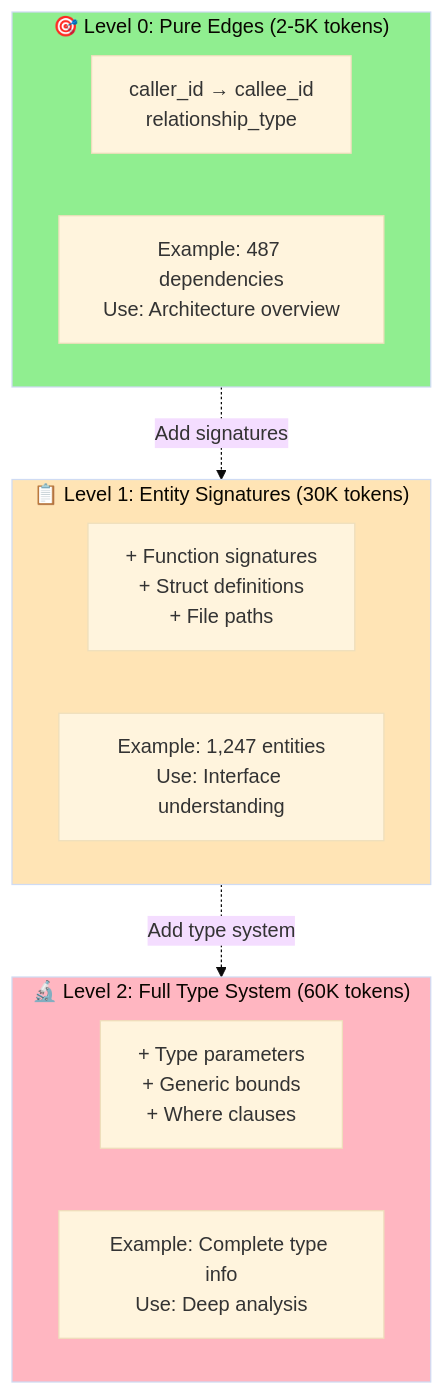
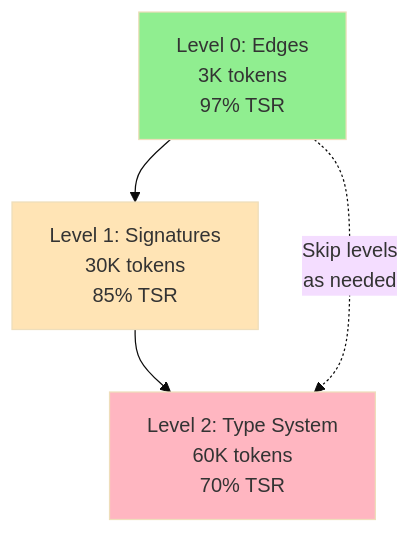
The second of 3 diagrams in README.md (that-in-rust/parseltongue), drawn with Mermaid (base theme) before and after one commit. The commit also changed other lines of this file and 3 other files, not shown here.

````diff
--- a/README.md
+++ b/README.md
@@ -186,24 +73,11 @@
 ```mermaid
 graph TB
-    subgraph L0["🎯 Level 0: Pure Edges (2-5K tokens)"]
-        L0A["caller_id → callee_id<br/>relationship_type"]
-        L0B["Example: 487 dependencies<br/>Use: Architecture overview"]
-    end
+    L0[Level 0: Edges<br/>3K tokens<br/>97% TSR] --> L1[Level 1: Signatures<br/>30K tokens<br/>85% TSR]
+    L1 --> L2[Level 2: Type System<br/>60K tokens<br/>70% TSR]
 
-    subgraph L1["📋 Level 1: Entity Signatures (30K tokens)"]
-        L1A["+ Function signatures<br/>+ Struct definitions<br/>+ File paths"]
-        L1B["Example: 1,247 entities<br/>Use: Interface understanding"]
-    end
-
-    subgraph L2["🔬 Level 2: Full Type System (60K tokens)"]
-        L2A["+ Type parameters<br/>+ Generic bounds<br/>+ Where clauses"]
-        L2B["Example: Complete type info<br/>Use: Deep analysis"]
-    end
-
-    L0 -.->|Add signatures| L1
-    L1 -.->|Add type system| L2
+    L0 -.->|"Skip levels<br/>as needed"| L2
 
     style L0 fill:#90EE90
     style L1 fill:#FFE4B5
     style L2 fill:#FFB6C1
 ```
````
